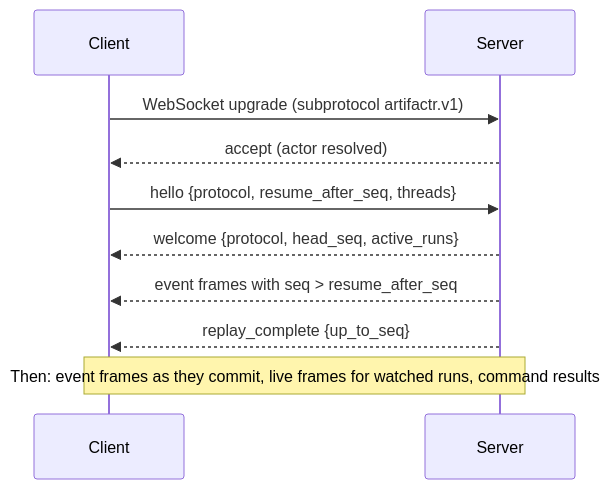
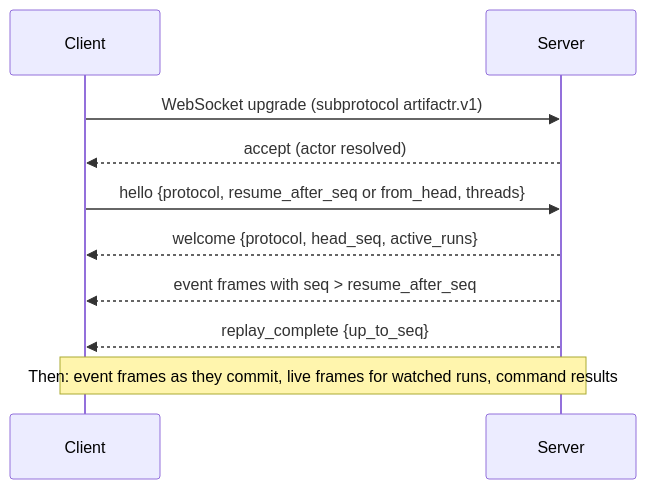
Before and after one commit to alexnodeland/artifactr: the diagram in docs/protocol.md, drawn with Mermaid. The commit also changed other lines of this file and 29 other files, not shown here.

First line of the commit message:
feat(protocol): let a client join at the head of the log, and read its tail (#58)

````diff
--- a/docs/protocol.md
+++ b/docs/protocol.md
@@ -16,12 +16,12 @@
 ```mermaid
 sequenceDiagram
     participant C as Client
     participant S as Server
     C->>S: WebSocket upgrade (subprotocol artifactr.v1)
     S-->>C: accept (actor resolved)
-    C->>S: hello {protocol, resume_after_seq, threads}
+    C->>S: hello {protocol, resume_after_seq or from_head, threads}
     S-->>C: welcome {protocol, head_seq, active_runs}
     S-->>C: event frames with seq > resume_after_seq
     S-->>C: replay_complete {up_to_seq}
     Note over C,S: Then: event frames as they commit, live frames for watched runs, command results
 ```
````
